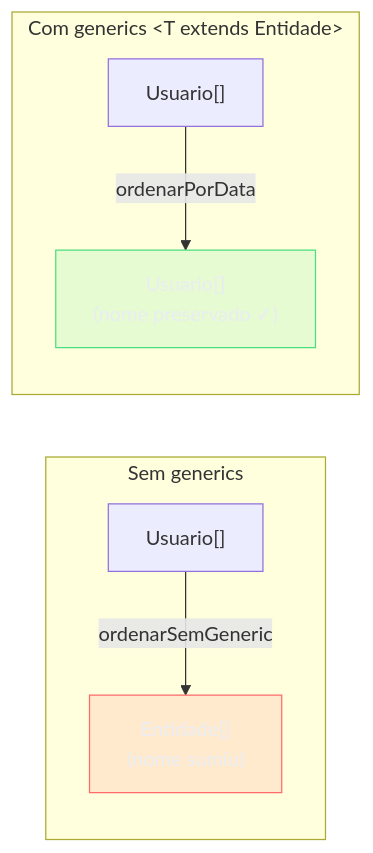
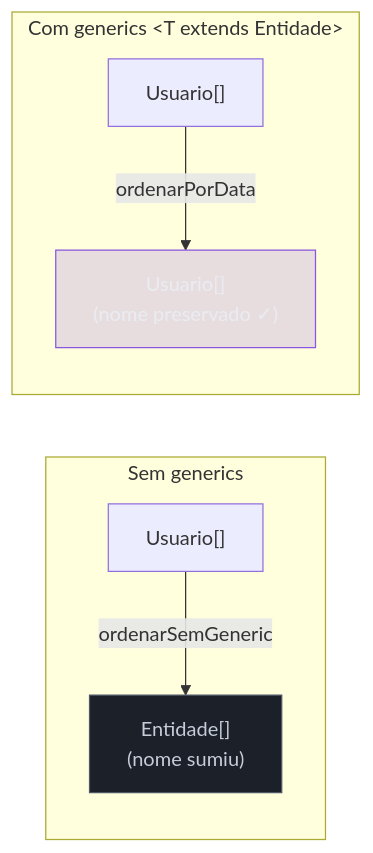
Before and after one commit to josenaldo/codex-technomanticus: the fifth of 5 diagrams in 03-Dominios/Tecnologia/TypeScript/11 - Generics - funções e constraints.md, drawn with Mermaid. The commit also changed other lines of this file and 601 other files, not shown here.

````diff
--- a/03-Dominios/Tecnologia/TypeScript/11 - Generics - funções e constraints.md
+++ b/03-Dominios/Tecnologia/TypeScript/11 - Generics - funções e constraints.md
@@ -382,14 +382,14 @@
 ```mermaid
 flowchart LR
-    classDef falha fill:#FF6B6B24,stroke:#FF6B6B,color:#E9ECF2
-    classDef ok fill:#4ADE8021,stroke:#4ADE80,color:#E9ECF2
+    classDef marca fill:#8855DF33,stroke:#8855DF,color:#E9ECF2
+    classDef neutro fill:#1B2029,stroke:#4E5666,color:#C6CCD8
     subgraph SemG["Sem generics"]
         I1["Usuario[]"] -->|"ordenarSemGeneric"| O1["Entidade[]\n(nome sumiu)"]
     end
     subgraph ComG["Com generics &lt;T extends Entidade&gt;"]
         I2["Usuario[]"] -->|"ordenarPorData"| O2["Usuario[]\n(nome preservado ✓)"]
     end
 
-    class O1 falha
-    class O2 ok
+    class O1 neutro
+    class O2 marca
 ```
````
